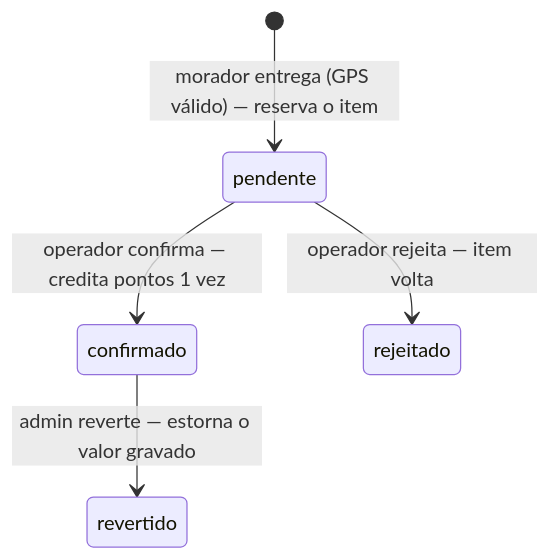
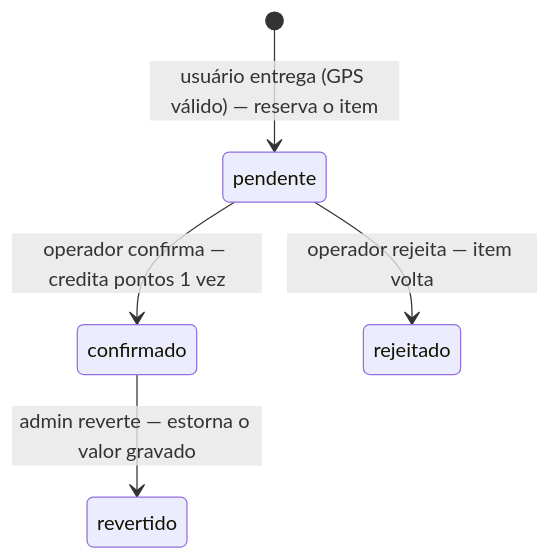
The first of 4 diagrams in docs/02-arquitetura/diagramas.md (Residuum-Organization/residuum-documentacao), drawn with Mermaid before and after one commit. The commit also changed other lines of this file and 101 other files, not shown here.

First line of the commit message:
docs: troca "morador" por "usuário" em todos os documentos

````diff
--- a/docs/02-arquitetura/diagramas.md
+++ b/docs/02-arquitetura/diagramas.md
@@ -13,7 +13,7 @@
 ```mermaid
 stateDiagram-v2
-  [*] --> pendente: morador entrega (GPS válido) — reserva o item
+  [*] --> pendente: usuário entrega (GPS válido) — reserva o item
   pendente --> confirmado: operador confirma — credita pontos 1 vez
   pendente --> rejeitado: operador rejeita — item volta
   confirmado --> revertido: admin reverte — estorna o valor gravado
 ```
````
